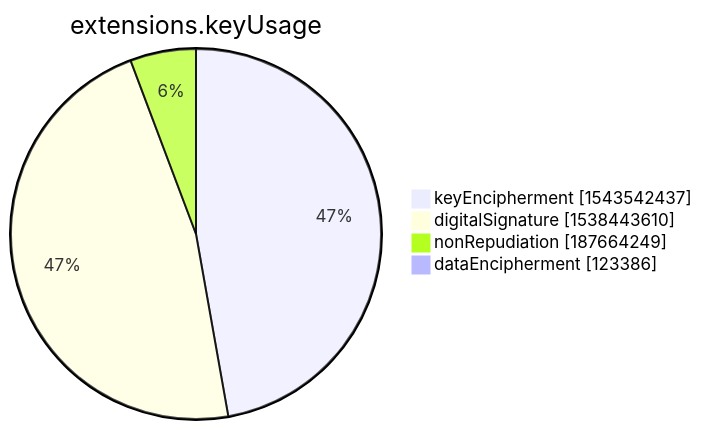
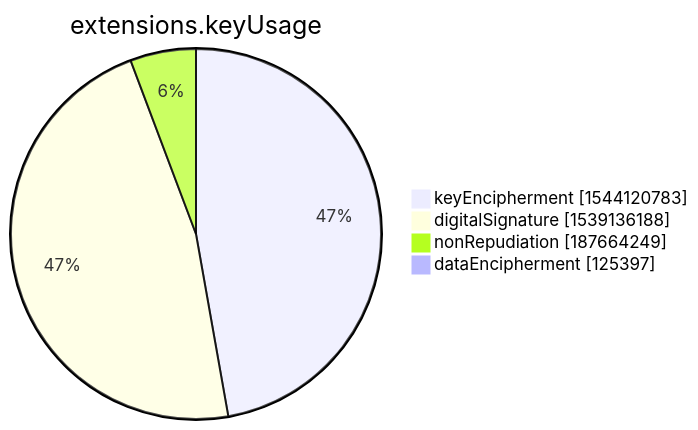
The seventh of 15 diagrams in xenon2022/README.md (christiankrug/ctmonitor_visualization), drawn with Mermaid before and after one commit. The commit also changed other lines of this file, not shown here.

````diff
--- a/xenon2022/README.md
+++ b/xenon2022/README.md
@@ -2851,8 +2851,8 @@
 ```mermaid
 pie showData
 title extensions.keyUsage
-"keyEncipherment" :1543542437
-"digitalSignature" :1538443610
+"keyEncipherment" :1544120783
+"digitalSignature" :1539136188
 "nonRepudiation" :187664249
-"dataEncipherment" :123386
+"dataEncipherment" :125397
 ```
````
